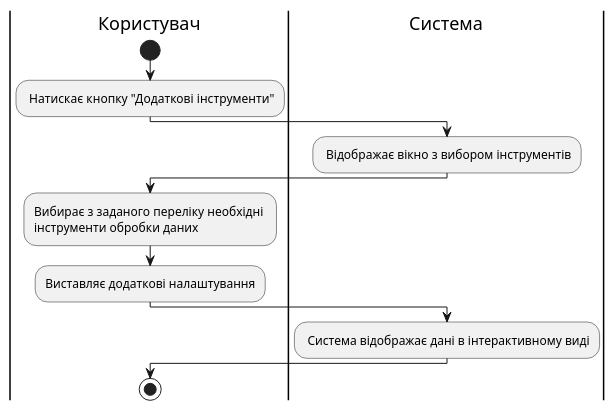
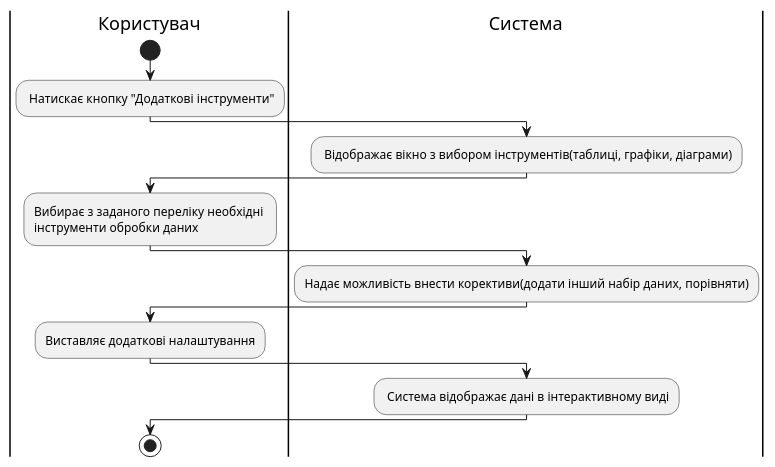
One commit to anrikolo/obd changed the diagram in src/uml/UC_2.1.puml. Above: the diagram before and after it, drawn with PlantUML.

```diff
--- a/src/uml/UC_2.1.puml
+++ b/src/uml/UC_2.1.puml
@@ -1,15 +1,18 @@
 @startuml
 
 |Користувач|
         start
         : Натискає кнопку "Додаткові інструменти";
     |Система|
-        : Відображає вікно з вибором інструментів;
+        : Відображає вікно з вибором інструментів(таблиці, графіки, діаграми);
     |Користувач|
         :Вибирає з заданого переліку необхідні \nінструменти обробки даних;
+    |Система|
+        :Надає можливість внести корективи(додати інший набір даних, порівняти);
+    |Користувач|
         :Виставляє додаткові налаштування;
     |Система|
         : Система відображає дані в інтерактивному виді;
     |Користувач|
         stop;
 @enduml
```
